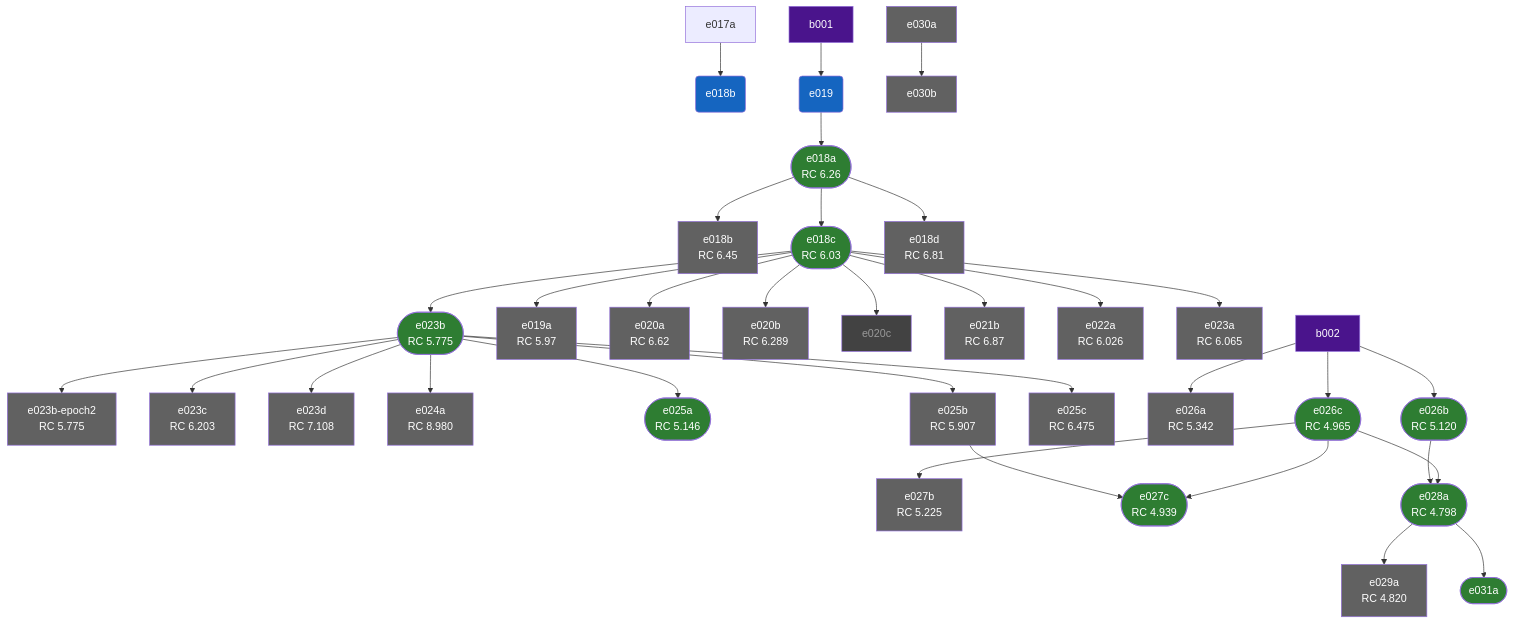
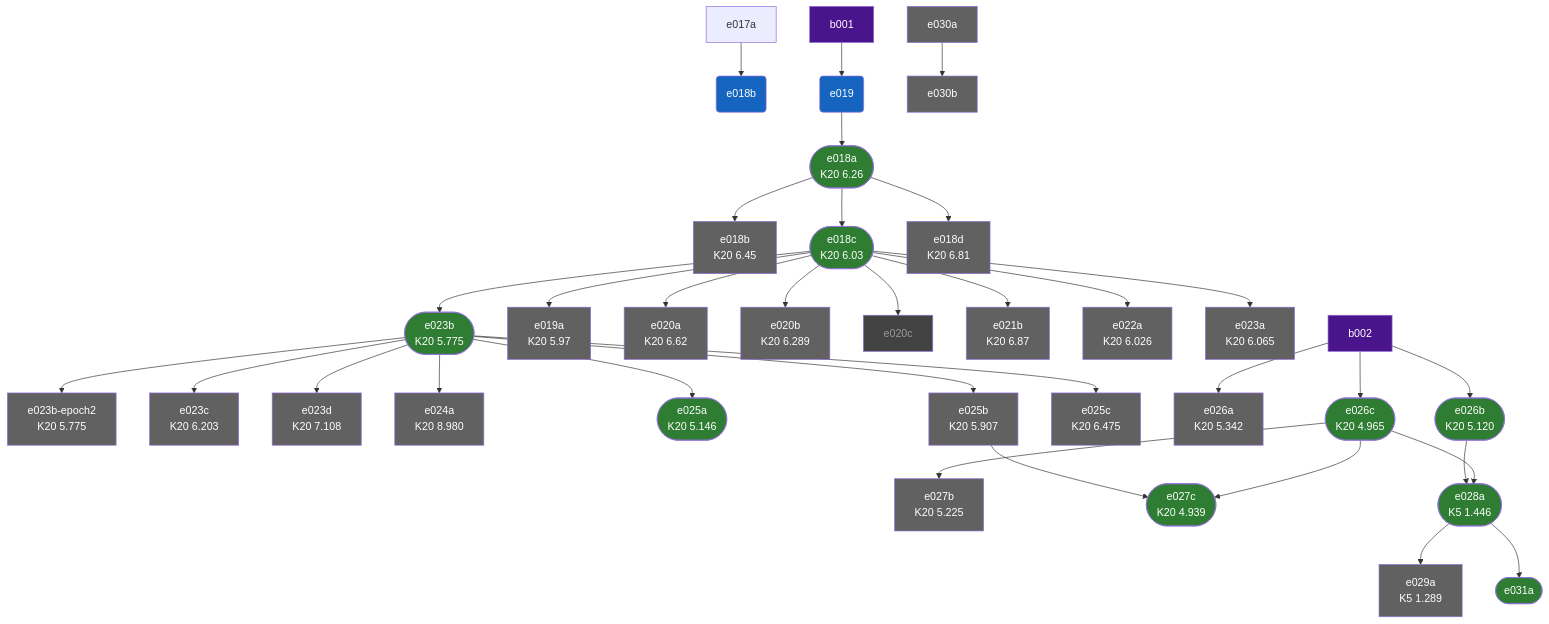
Before and after one commit to ScavieFae/autonomous-world-model: the diagram in docs/experiments/index.md, drawn with Mermaid. The commit also changed other lines of this file and 6 other files, not shown here.

```diff
--- a/docs/experiments/index.md
+++ b/docs/experiments/index.md
@@ -12,34 +13,34 @@
 flowchart TD
     b001["b001"]
     b002["b002"]
-    e018a_self_forcing(["e018a\nRC 6.26"])
+    e018a_self_forcing(["e018a\nK20 6.26"])
     e018b_rollout_coherence_eval("e018b")
-    e018b_self_forcing_n5["e018b\nRC 6.45"]
-    e018c_rolling_context_window(["e018c\nRC 6.03"])
-    e018d_horizon_weighted_loss["e018d\nRC 6.81"]
+    e018b_self_forcing_n5["e018b\nK20 6.45"]
+    e018c_rolling_context_window(["e018c\nK20 6.03"])
+    e018d_horizon_weighted_loss["e018d\nK20 6.81"]
     e019_baseline("e019")
-    e019a_context_k50["e019a\nRC 5.97"]
-    e020a_sf_ratio_10["e020a\nRC 6.62"]
-    e020b_sf_ratio_30["e020b\nRC 6.289"]
+    e019a_context_k50["e019a\nK20 5.97"]
+    e020a_sf_ratio_10["e020a\nK20 6.62"]
+    e020b_sf_ratio_30["e020b\nK20 6.289"]
     e020c_sf_n4["e020c"]
-    e021b_selective_bptt["e021b\nRC 6.87"]
-    e022a_bs256["e022a\nRC 6.026"]
-    e023a_dmodel192["e023a\nRC 6.065"]
-    e023b_dmodel768(["e023b\nRC 5.775"])
-    e023b_epoch2["e023b-epoch2\nRC 5.775"]
-    e023c_dmodel512["e023c\nRC 6.203"]
-    e023d_nlayers8["e023d\nRC 7.108"]
-    e024a_full_bptt["e024a\nRC 8.980"]
-    e025a_lr_warmup(["e025a\nRC 5.146"])
-    e025b_loss_reweight["e025b\nRC 5.907"]
-    e025c_layer_dropout["e025c\nRC 6.475"]
-    e026a_muon["e026a\nRC 5.342"]
-    e026b_unimix(["e026b\nRC 5.120"])
-    e026c_sf_curriculum(["e026c\nRC 4.965"])
-    e027b_e023b_regime_switch["e027b\nRC 5.225"]
-    e027c_lossreweight_warmstart(["e027c\nRC 4.939"])
-    e028a_full_stack(["e028a\nRC 4.798"])
-    e029a_7k_scaling["e029a\nRC 4.820"]
+    e021b_selective_bptt["e021b\nK20 6.87"]
+    e022a_bs256["e022a\nK20 6.026"]
+    e023a_dmodel192["e023a\nK20 6.065"]
+    e023b_dmodel768(["e023b\nK20 5.775"])
+    e023b_epoch2["e023b-epoch2\nK20 5.775"]
+    e023c_dmodel512["e023c\nK20 6.203"]
+    e023d_nlayers8["e023d\nK20 7.108"]
+    e024a_full_bptt["e024a\nK20 8.980"]
+    e025a_lr_warmup(["e025a\nK20 5.146"])
+    e025b_loss_reweight["e025b\nK20 5.907"]
+    e025c_layer_dropout["e025c\nK20 6.475"]
+    e026a_muon["e026a\nK20 5.342"]
+    e026b_unimix(["e026b\nK20 5.120"])
+    e026c_sf_curriculum(["e026c\nK20 4.965"])
+    e027b_e023b_regime_switch["e027b\nK20 5.225"]
+    e027c_lossreweight_warmstart(["e027c\nK20 4.939"])
+    e028a_full_stack(["e028a\nK5 1.446"])
+    e029a_7k_scaling["e029a\nK5 1.289"]
     e030a_jepa_baseline["e030a"]
     e030b_jepa_rescale["e030b"]
     e031a_speed_profile(["e031a"])
```
